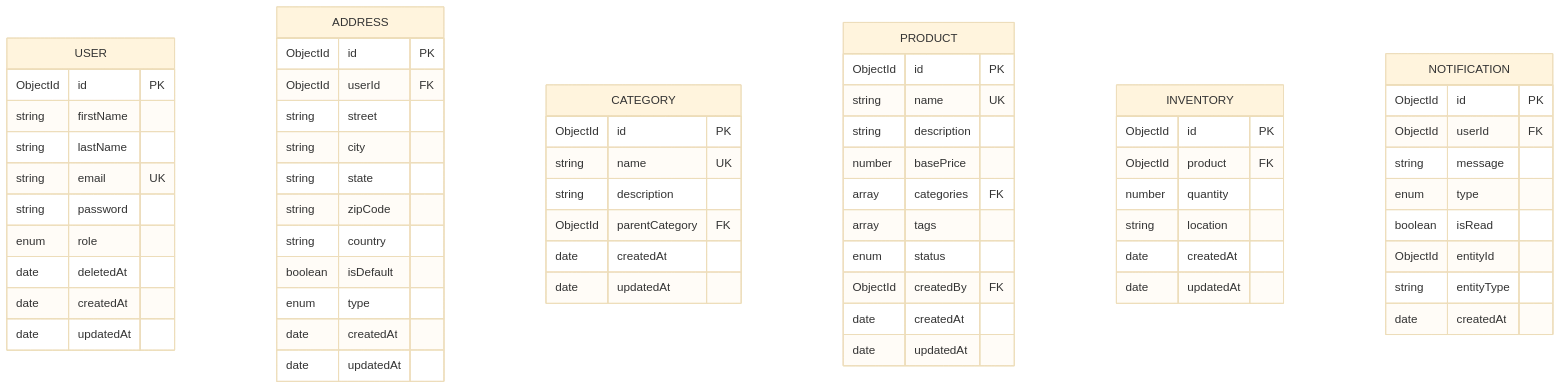
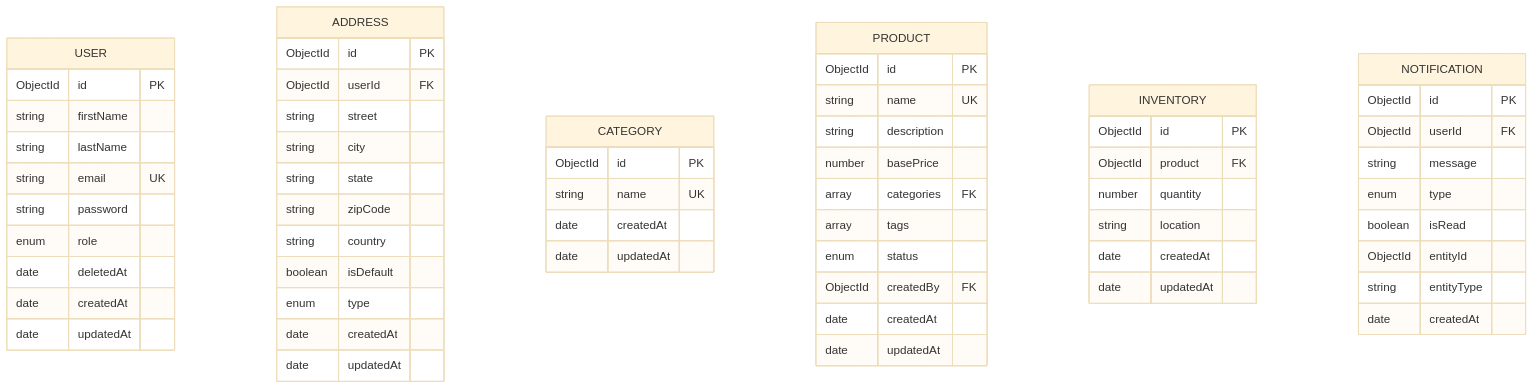
The diagram in README.md (auntyemman/mainstack-product-management), drawn with Mermaid (base theme) before and after one commit. The commit also changed other lines of this file, not shown here.

Commit message:
chore(): readme database design

````diff
--- a/README.md
+++ b/README.md
@@ -29,71 +30,69 @@
 ```mermaid
 erDiagram
     
     USER {
         ObjectId id PK
         string firstName
         string lastName
         string email UK
         string password
         enum role
         date deletedAt
         date createdAt
         date updatedAt
     }
     
     ADDRESS {
         ObjectId id PK
         ObjectId userId FK
         string street
         string city
         string state
         string zipCode
         string country
         boolean isDefault
         enum type
         date createdAt
         date updatedAt
     }
     
     CATEGORY {
         ObjectId id PK
         string name UK
-        string description
-        ObjectId parentCategory FK
         date createdAt
         date updatedAt
     }
     
     PRODUCT {
         ObjectId id PK
         string name UK
         string description
         number basePrice
         array categories FK
         array tags
         enum status
         ObjectId createdBy FK
         date createdAt
         date updatedAt
     }
     
     INVENTORY {
         ObjectId id PK
         ObjectId product FK
         number quantity
         string location
         date createdAt
         date updatedAt
     }
     
     NOTIFICATION {
         ObjectId id PK
         ObjectId userId FK
         string message
         enum type
         boolean isRead
         ObjectId entityId
         string entityType
         date createdAt
     }
 ```
````
